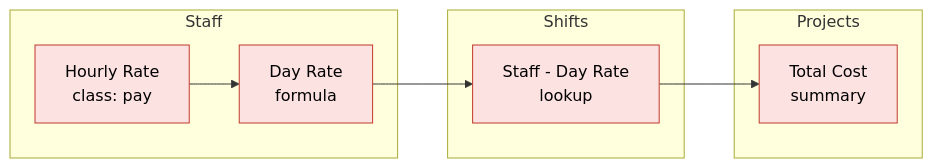
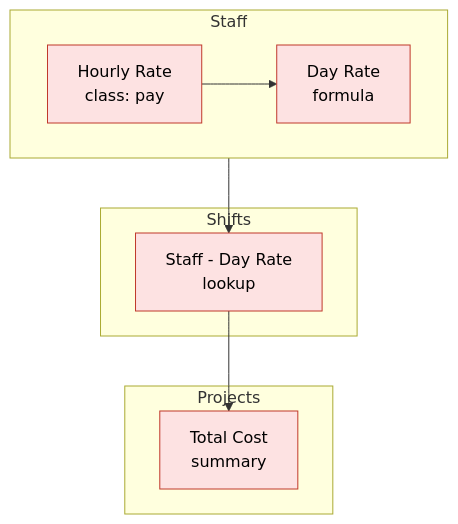
Before and after one commit to matthew-williams-solutions/pyquickbase: the diagram in docs/policies/classes.md, drawn with Mermaid. The commit also changed 12 other files, not shown here.

First line of the commit message:
Redraw the diagrams to be legible, and add ones where the docs need them

````diff
--- a/docs/policies/classes.md
+++ b/docs/policies/classes.md
@@ -15,15 +15,16 @@
 ```mermaid
-flowchart LR
+flowchart TD
     subgraph Staff
+        direction LR
         H["Hourly Rate<br/>class: pay"] --> D["Day Rate<br/>formula"]
     end
     subgraph Shifts
         L["Staff - Day Rate<br/>lookup"]
     end
     subgraph Projects
         T["Total Cost<br/>summary"]
     end
     D --> L --> T
     classDef pay fill:#fde2e2,stroke:#c0392b,color:#000
     class H,D,L,T pay
 ```
````
